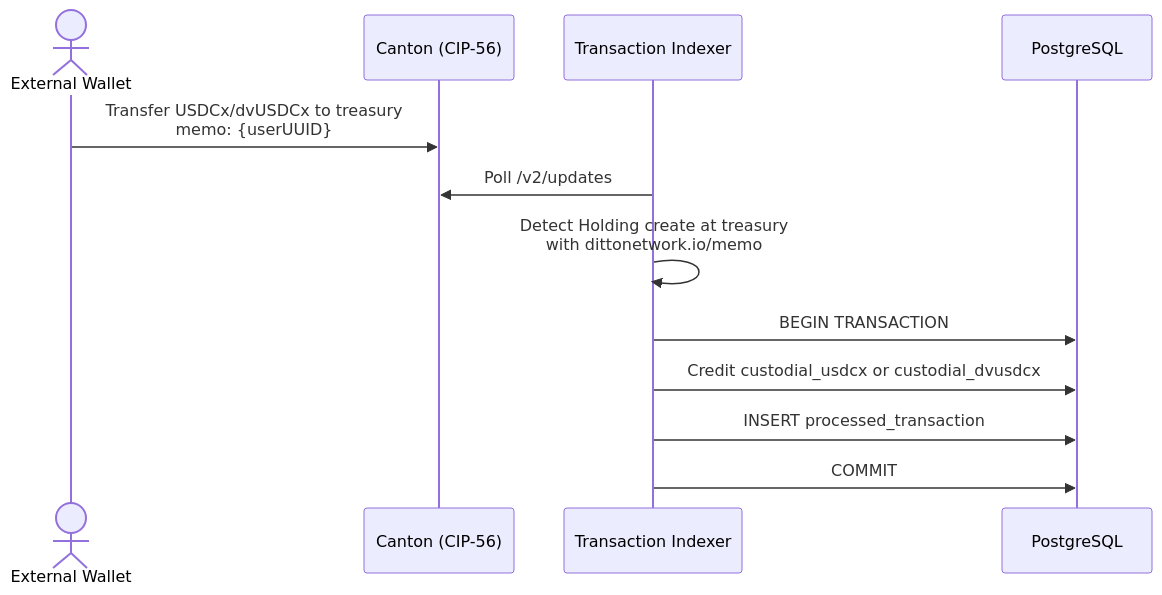
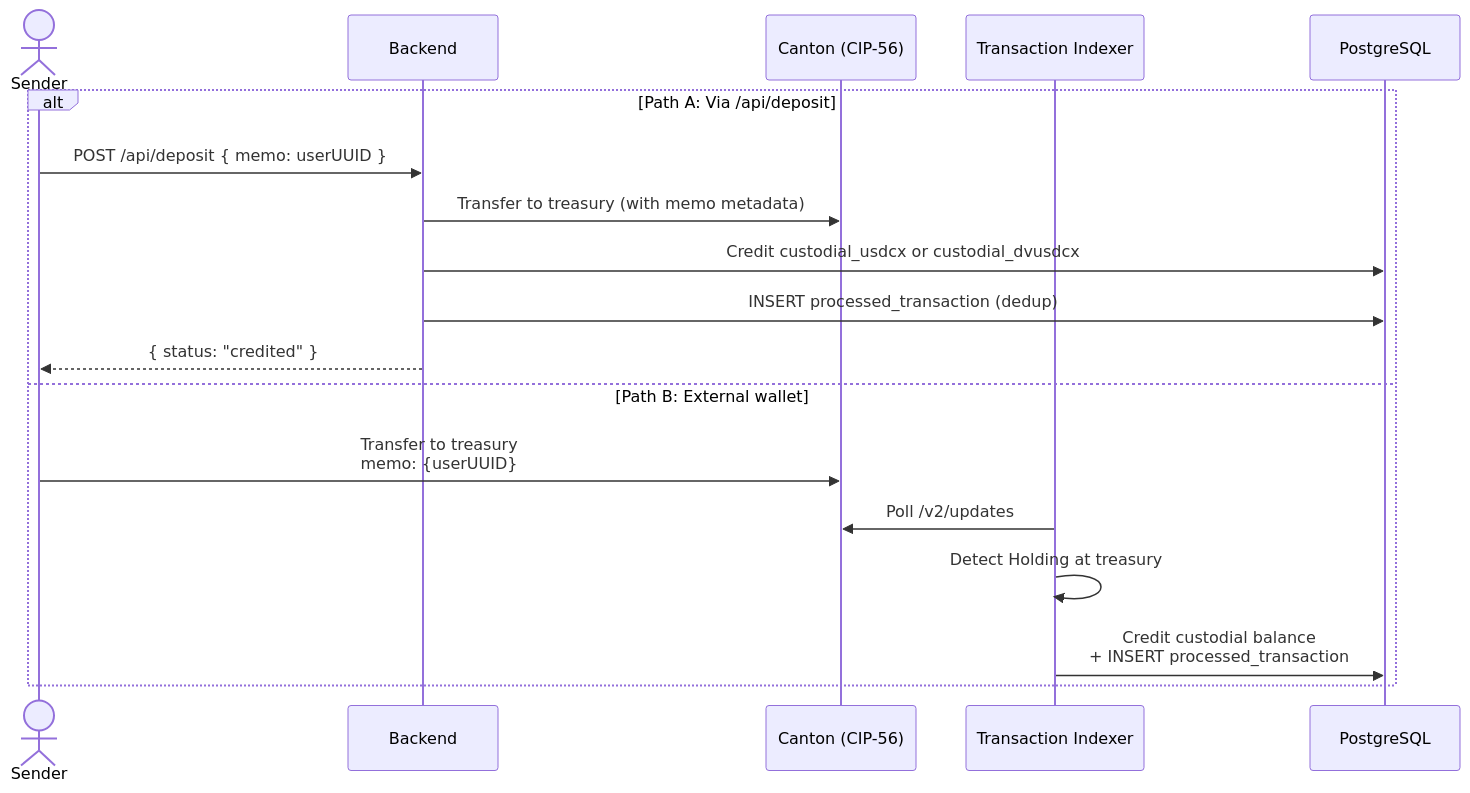
Before and after one commit to dittonetwork/ditto-ccvault: the sixth of 13 diagrams in ARCHITECTURE.md, drawn with Mermaid. The commit also changed other lines of this file and 1 other file, not shown here.

First line of the commit message:
docs: update custodial deposit flows, clearing credits, and UI description

````diff
--- a/ARCHITECTURE.md
+++ b/ARCHITECTURE.md
@@ -492,15 +496,21 @@
 ```mermaid
 sequenceDiagram
-    actor External as External Wallet
+    actor Sender
+    participant BE as Backend
     participant CN as Canton (CIP-56)
     participant IDX as Transaction Indexer
     participant DB as PostgreSQL
 
-    External->>CN: Transfer USDCx/dvUSDCx to treasury<br/>memo: {userUUID}
-    IDX->>CN: Poll /v2/updates
-    IDX->>IDX: Detect Holding create at treasury<br/>with dittonetwork.io/memo
-    IDX->>DB: BEGIN TRANSACTION
-    IDX->>DB: Credit custodial_usdcx or custodial_dvusdcx
-    IDX->>DB: INSERT processed_transaction
-    IDX->>DB: COMMIT
+    alt Path A: Via /api/deposit
+        Sender->>BE: POST /api/deposit { memo: userUUID }
+        BE->>CN: Transfer to treasury (with memo metadata)
+        BE->>DB: Credit custodial_usdcx or custodial_dvusdcx
+        BE->>DB: INSERT processed_transaction (dedup)
+        BE-->>Sender: { status: "credited" }
+    else Path B: External wallet
+        Sender->>CN: Transfer to treasury<br/>memo: {userUUID}
+        IDX->>CN: Poll /v2/updates
+        IDX->>IDX: Detect Holding at treasury
+        IDX->>DB: Credit custodial balance<br/>+ INSERT processed_transaction
+    end
 ```
````
